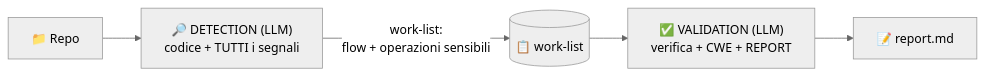
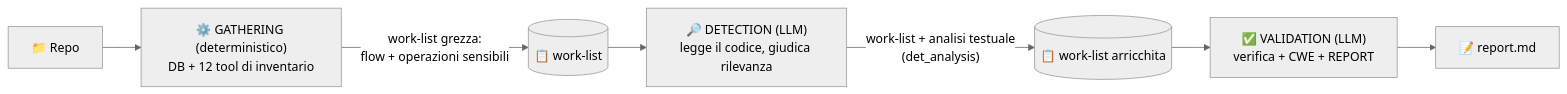
Before and after one commit to iris-cmd22/Sibyl: the second of 11 diagrams in documentazione/agent.md, drawn with Mermaid (neutral theme). The commit also changed other lines of this file and 49 other files, not shown here.

````diff
--- a/documentazione/agent.md
+++ b/documentazione/agent.md
@@ -67,7 +71,9 @@
 ```mermaid
 flowchart LR
-    REPO["📁 Repo"] --> D["🔎 DETECTION (LLM)<br/>codice + TUTTI i segnali"]
-    D -->|"work-list:<br/>flow + operazioni sensibili"| WL[("📋 work-list")]
-    WL --> V["✅ VALIDATION (LLM)<br/>verifica + CWE + REPORT"]
+    REPO["📁 Repo"] --> G["⚙️ GATHERING (deterministico)<br/>DB + 12 tool di inventario"]
+    G -->|"work-list grezza:<br/>flow + operazioni sensibili"| WL1[("📋 work-list")]
+    WL1 --> D["🔎 DETECTION (LLM)<br/>legge il codice, giudica rilevanza"]
+    D -->|"work-list + analisi testuale<br/>(det_analysis)"| WL2[("📋 work-list arricchita")]
+    WL2 --> V["✅ VALIDATION (LLM)<br/>verifica + CWE + REPORT"]
     V --> OUT["📝 report.md"]
 ```
````
